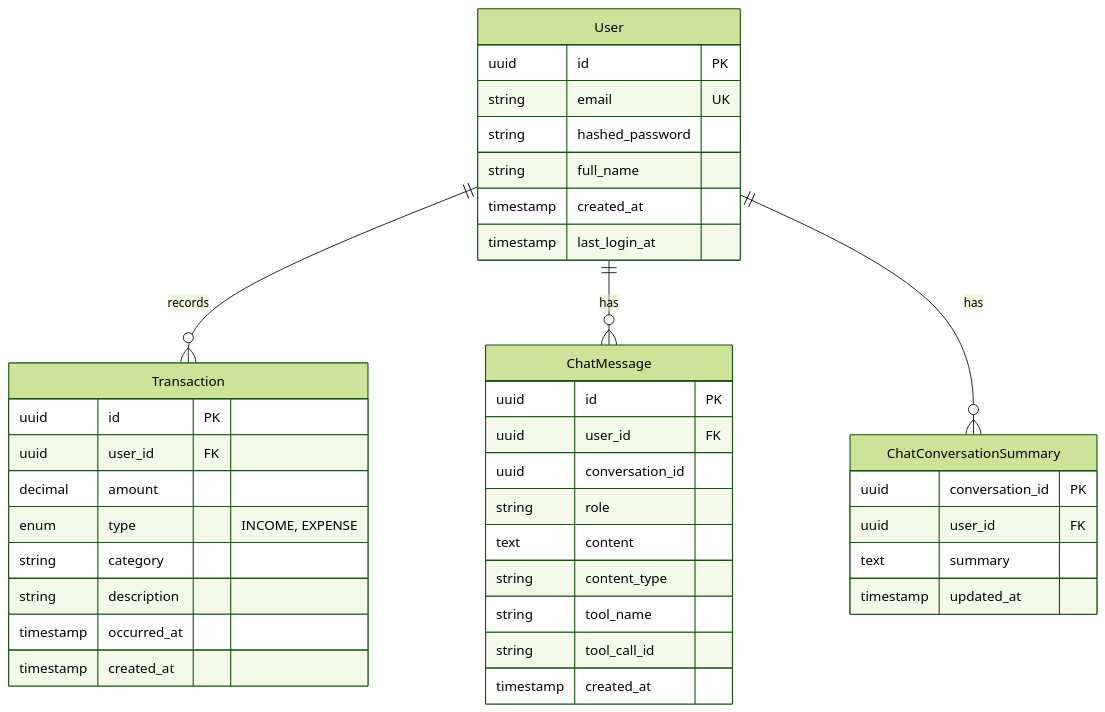
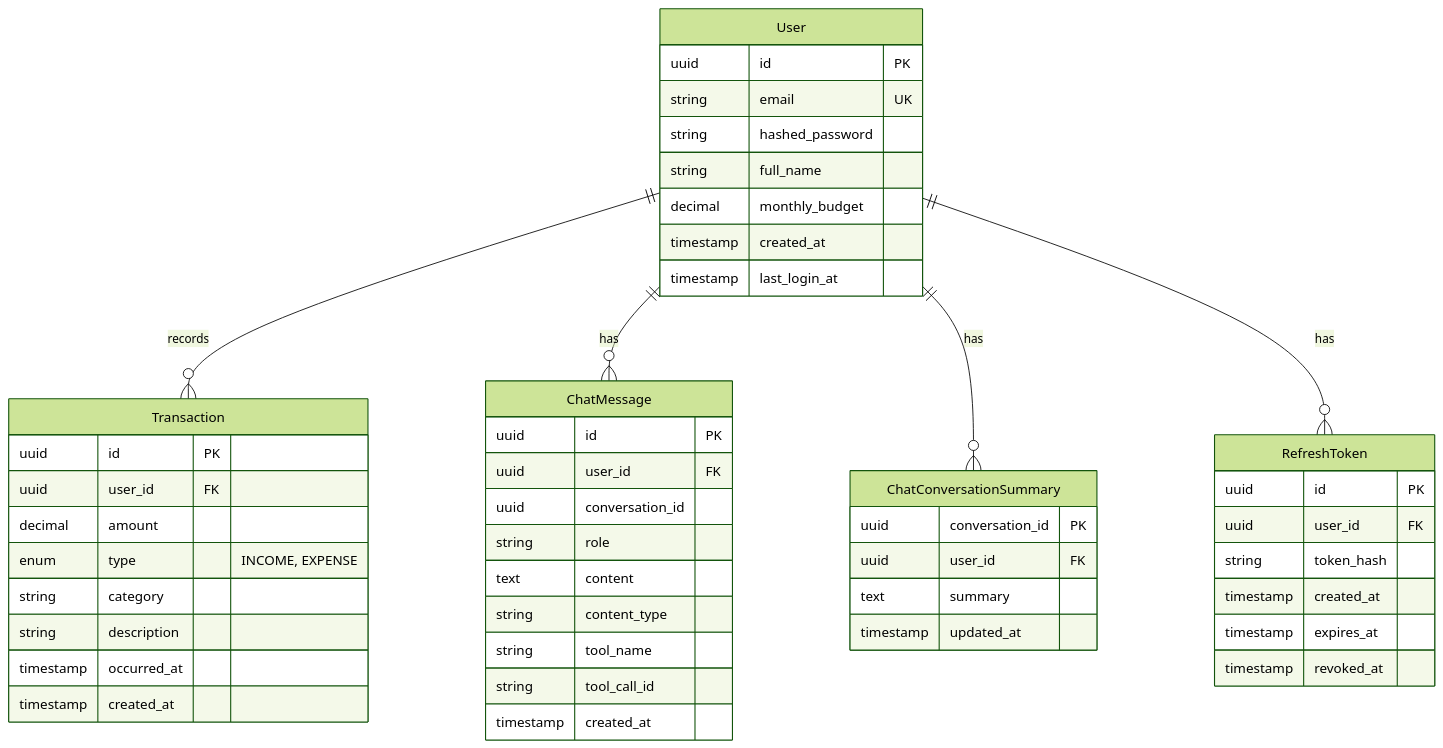
One commit to welingtoncruz/ze-finance changed the diagram in ai-specs/specs/data-model.md. Above: the diagram before and after it, drawn with Mermaid (forest theme). The commit also changed other lines of this file and 79 other files, not shown here.

````diff
--- a/ai-specs/specs/data-model.md
+++ b/ai-specs/specs/data-model.md
@@ -7,45 +7,56 @@
 ```mermaid
 erDiagram
   User ||--o{ Transaction : "records"
   User ||--o{ ChatMessage : "has"
   User ||--o{ ChatConversationSummary : "has"
+  User ||--o{ RefreshToken : "has"
 
   User {
     uuid id PK
     string email UK
     string hashed_password
     string full_name
+    decimal monthly_budget
     timestamp created_at
     timestamp last_login_at
   }
 
   Transaction {
     uuid id PK
     uuid user_id FK
     decimal amount
     enum type "INCOME, EXPENSE"
     string category
     string description
     timestamp occurred_at
     timestamp created_at
   }
 
   ChatMessage {
     uuid id PK
     uuid user_id FK
     uuid conversation_id
     string role
     text content
     string content_type
     string tool_name
     string tool_call_id
     timestamp created_at
   }
 
   ChatConversationSummary {
     uuid conversation_id PK
     uuid user_id FK
     text summary
     timestamp updated_at
   }
+
+  RefreshToken {
+    uuid id PK
+    uuid user_id FK
+    string token_hash
+    timestamp created_at
+    timestamp expires_at
+    timestamp revoked_at
+  }
 ```
````
